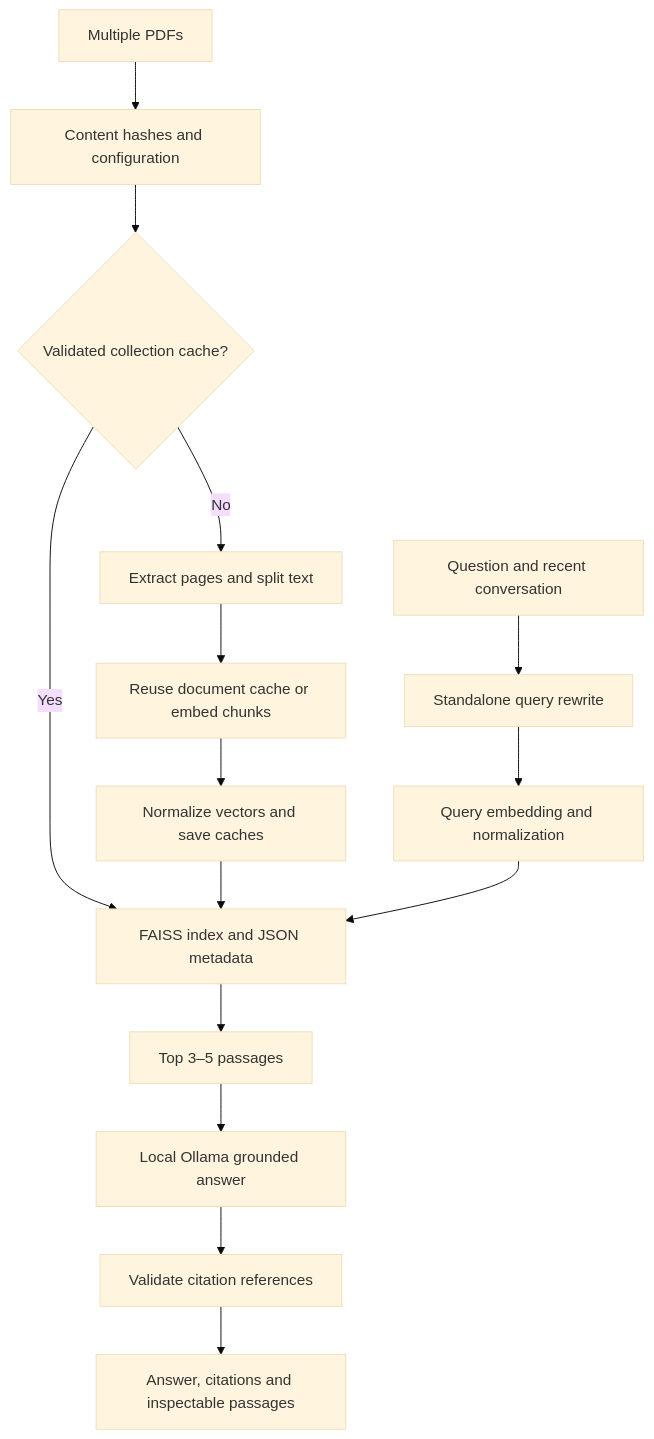
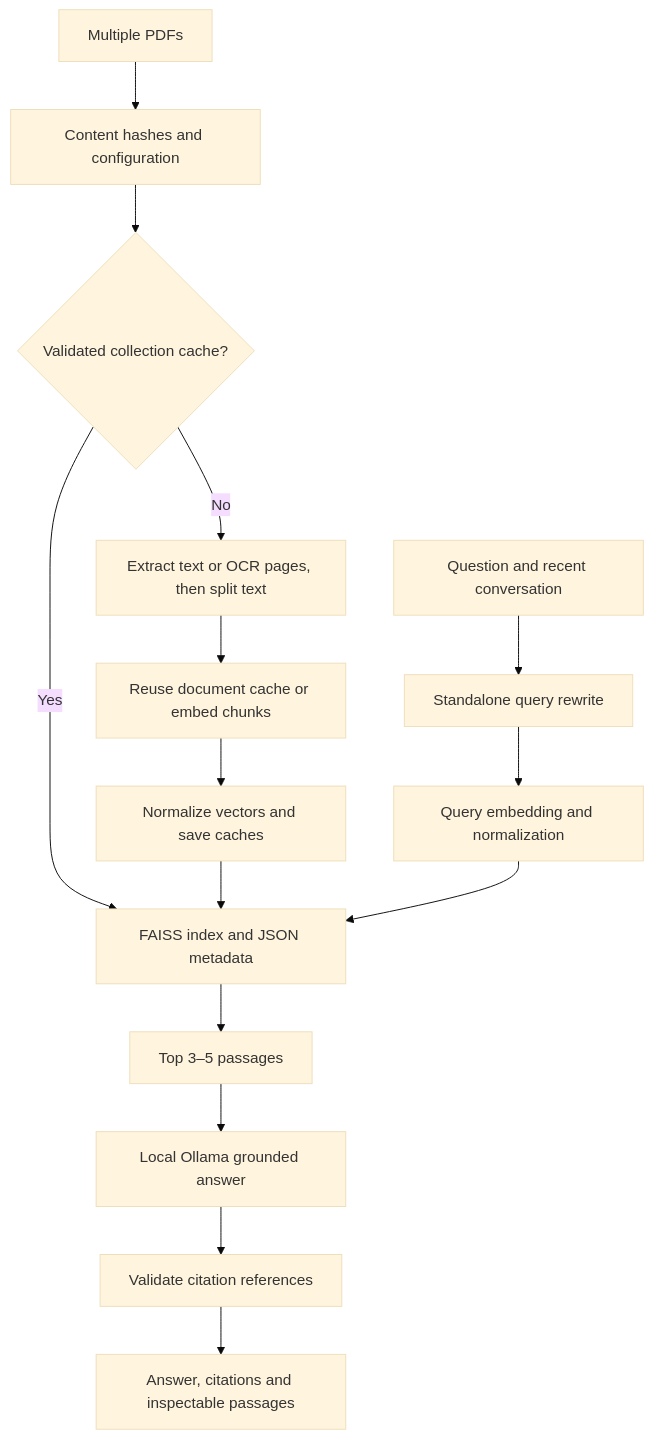
Before and after one commit to Osamahfm/MIni-RAG: the diagram in README.md, drawn with Mermaid (base theme). The commit also changed other lines of this file and 7 other files, not shown here.

````diff
--- a/README.md
+++ b/README.md
@@ -47,17 +47,17 @@
 ```mermaid
 flowchart TD
     A[Multiple PDFs] --> B[Content hashes and configuration]
     B --> C{Validated collection cache?}
     C -->|Yes| G[FAISS index and JSON metadata]
-    C -->|No| D[Extract pages and split text]
+    C -->|No| D[Extract text or OCR pages, then split text]
     D --> E[Reuse document cache or embed chunks]
     E --> F[Normalize vectors and save caches]
     F --> G
     Q[Question and recent conversation] --> R[Standalone query rewrite]
     R --> S[Query embedding and normalization]
     S --> G
     G --> T[Top 3–5 passages]
     T --> U[Local Ollama grounded answer]
     U --> V[Validate citation references]
     V --> W[Answer, citations and inspectable passages]
 ```
````
